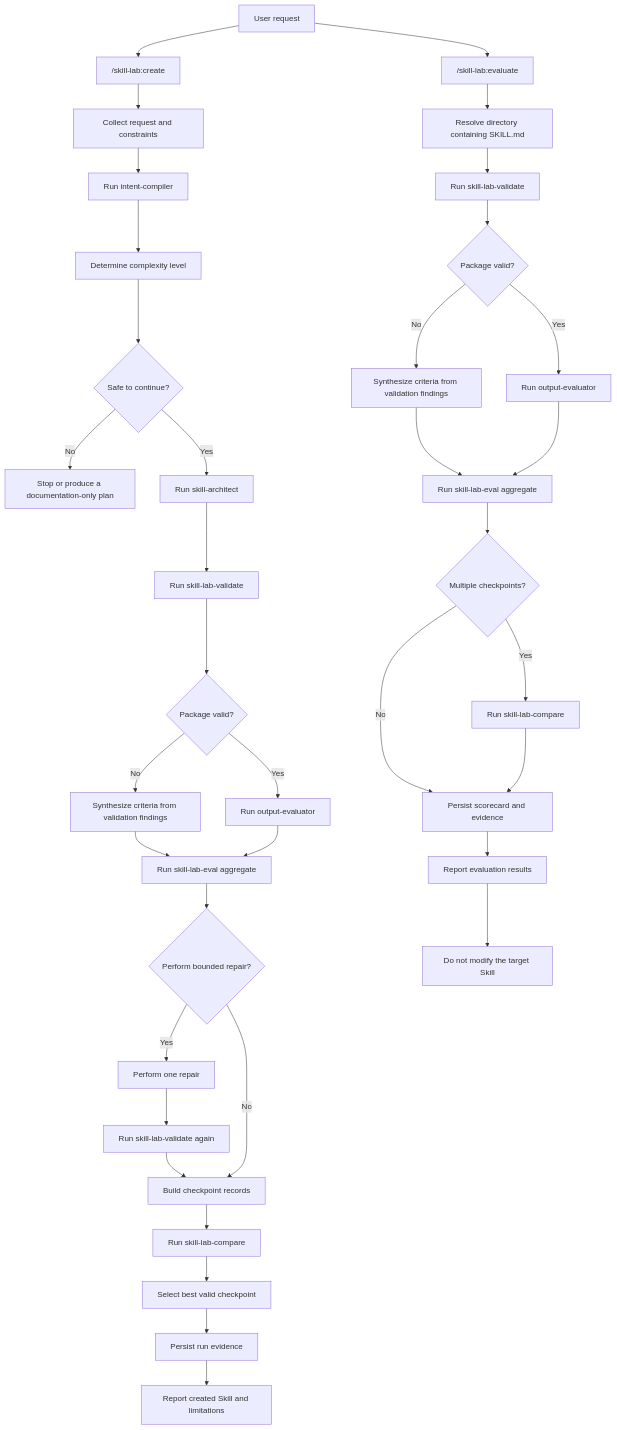
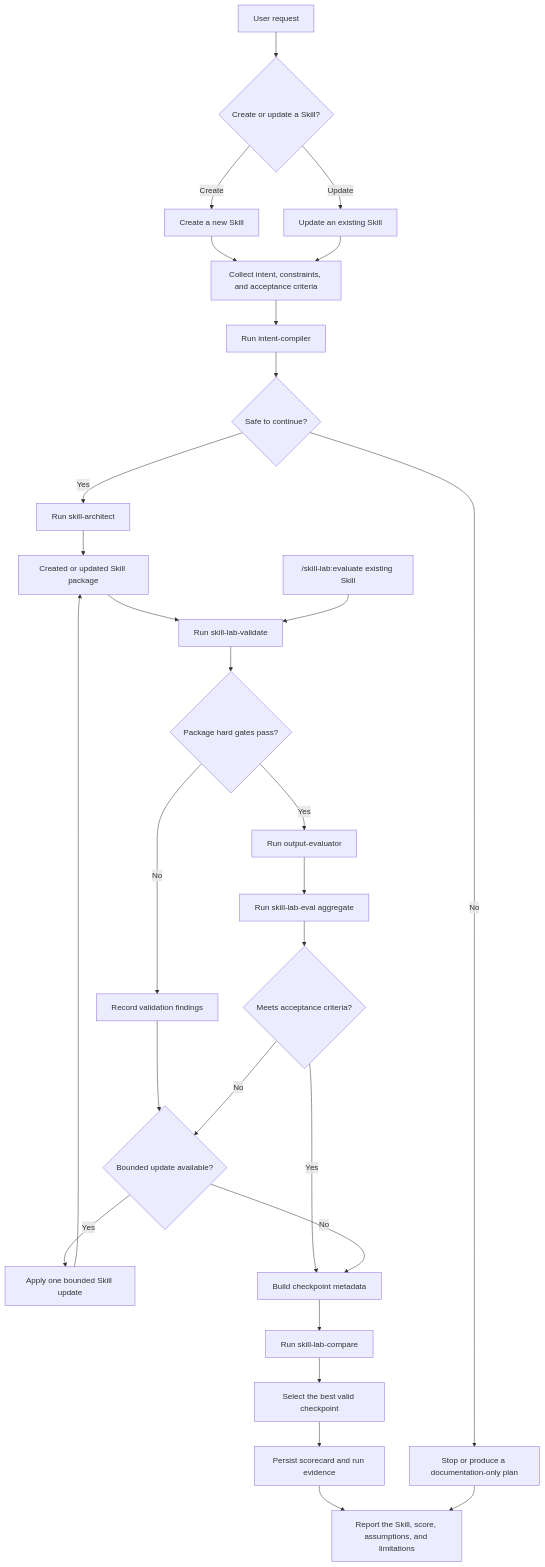
One commit to yu-iskw/skill-lab changed the diagram in README.md. Above: the diagram before and after it, drawn with Mermaid. The commit also changed other lines of this file, not shown here.

Commit message:
docs: revise Skill lifecycle workflow

````diff
--- a/README.md
+++ b/README.md
@@ -11,58 +11,56 @@
 ```mermaid
 flowchart TD
-    user["User request"]
-    create["/skill-lab:create"]
-    evaluate["/skill-lab:evaluate"]
+    request["User request"]
+    operation{"Create or update a Skill?"}
+    create["Create a new Skill"]
+    update["Update an existing Skill"]
+    collect["Collect intent, constraints, and acceptance criteria"]
+    compile["Run intent-compiler"]
+    safety{"Safe to continue?"}
+    stop["Stop or produce a documentation-only plan"]
+    architect["Run skill-architect"]
+    skill["Created or updated Skill package"]
+    validate["Run skill-lab-validate"]
+    valid{"Package hard gates pass?"}
+    findings["Record validation findings"]
+    evaluate["Run output-evaluator"]
+    aggregate["Run skill-lab-eval aggregate"]
+    acceptable{"Meets acceptance criteria?"}
+    repair{"Bounded update available?"}
+    revise["Apply one bounded Skill update"]
+    checkpoint["Build checkpoint metadata"]
+    compare["Run skill-lab-compare"]
+    select["Select the best valid checkpoint"]
+    evidence["Persist scorecard and run evidence"]
+    report["Report the Skill, score, assumptions, and limitations"]
+    standalone["/skill-lab:evaluate existing Skill"]
 
-    user --> create
-    user --> evaluate
-
-    create --> collect["Collect request and constraints"]
-    collect --> intent["Run intent-compiler"]
-    intent --> route["Determine complexity level"]
-    route --> safety{"Safe to continue?"}
-
-    safety -->|"No"| stop["Stop or produce a documentation-only plan"]
-    safety -->|"Yes"| architect["Run skill-architect"]
-
-    architect --> createValidate["Run skill-lab-validate"]
-    createValidate --> createValid{"Package valid?"}
-
-    createValid -->|"No"| createSynthesize["Synthesize criteria from validation findings"]
-    createValid -->|"Yes"| createEvaluator["Run output-evaluator"]
-
-    createSynthesize --> createAggregate["Run skill-lab-eval aggregate"]
-    createEvaluator --> createAggregate
-
-    createAggregate --> repair{"Perform bounded repair?"}
-
-    repair -->|"Yes"| repairStep["Perform one repair"]
-    repairStep --> revalidate["Run skill-lab-validate again"]
-    revalidate --> checkpoints["Build checkpoint records"]
-
-    repair -->|"No"| checkpoints
-
-    checkpoints --> compare["Run skill-lab-compare"]
-    compare --> select["Select best valid checkpoint"]
-    select --> createEvidence["Persist run evidence"]
-    createEvidence --> createReport["Report created Skill and limitations"]
-
-    evaluate --> resolve["Resolve directory containing SKILL.md"]
-    resolve --> evaluateValidate["Run skill-lab-validate"]
-    evaluateValidate --> evaluateValid{"Package valid?"}
-
-    evaluateValid -->|"No"| evaluateSynthesize["Synthesize criteria from validation findings"]
-    evaluateValid -->|"Yes"| evaluateEvaluator["Run output-evaluator"]
-
-    evaluateSynthesize --> evaluateAggregate["Run skill-lab-eval aggregate"]
-    evaluateEvaluator --> evaluateAggregate
-
-    evaluateAggregate --> multiple{"Multiple checkpoints?"}
-
-    multiple -->|"Yes"| evaluateCompare["Run skill-lab-compare"]
-    multiple -->|"No"| evaluateEvidence["Persist scorecard and evidence"]
-
-    evaluateCompare --> evaluateEvidence
-    evaluateEvidence --> evaluateReport["Report evaluation results"]
-    evaluateReport --> unchanged["Do not modify the target Skill"]
+    request --> operation
+    operation -->|"Create"| create
+    operation -->|"Update"| update
+    create --> collect
+    update --> collect
+    collect --> compile
+    compile --> safety
+    safety -->|"No"| stop
+    safety -->|"Yes"| architect
+    architect --> skill
+    skill --> validate
+    validate --> valid
+    valid -->|"No"| findings
+    valid -->|"Yes"| evaluate
+    findings --> repair
+    evaluate --> aggregate
+    aggregate --> acceptable
+    acceptable -->|"Yes"| checkpoint
+    acceptable -->|"No"| repair
+    repair -->|"Yes"| revise
+    repair -->|"No"| checkpoint
+    revise --> skill
+    checkpoint --> compare
+    compare --> select
+    select --> evidence
+    evidence --> report
+    stop --> report
+    standalone --> validate
 ```
````
